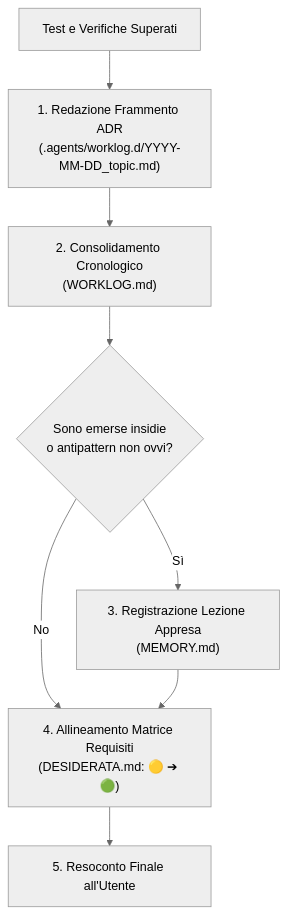
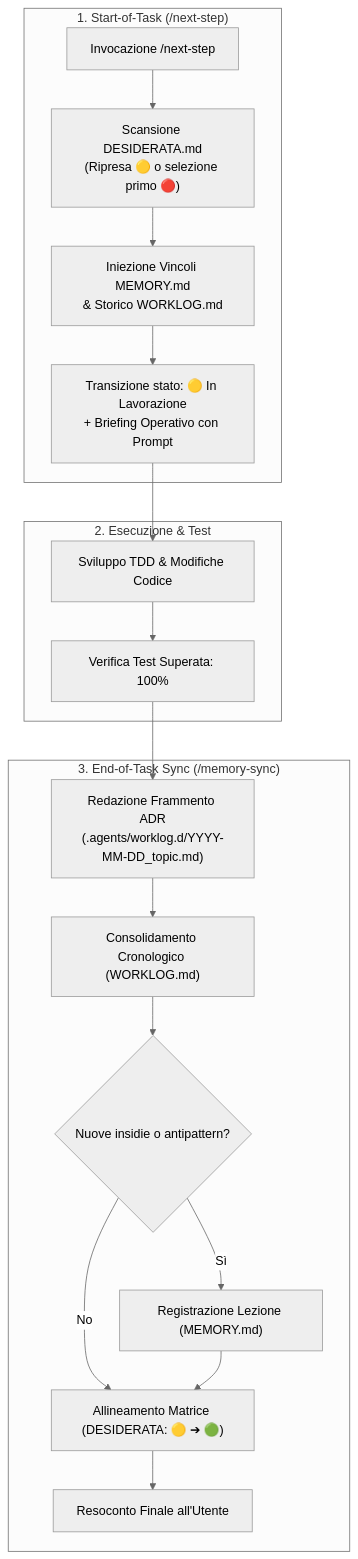
The diagram in plugins/cognitive-persistence/README.md (alessandroame/antigravity-plugins), drawn with Mermaid (neutral theme) before and after one commit. The commit also changed other lines of this file and 6 other files, not shown here.

Commit message:
feat(cognitive-persistence): add /next-step slash command skill and start-of-task intake directive

````diff
--- a/plugins/cognitive-persistence/README.md
+++ b/plugins/cognitive-persistence/README.md
@@ -63,10 +64,23 @@
 ```mermaid
 flowchart TD
-    A["Test e Verifiche Superati"] --> B["1. Redazione Frammento ADR<br/>(.agents/worklog.d/YYYY-MM-DD_topic.md)"]
-    B --> C["2. Consolidamento Cronologico<br/>(WORKLOG.md)"]
-    C --> D{"Sono emerse insidie<br/>o antipattern non ovvi?"}
-    D -- Sì --> E["3. Registrazione Lezione Appresa<br/>(MEMORY.md)"]
-    D -- No --> F["4. Allineamento Matrice Requisiti<br/>(DESIDERATA.md: 🟡 ➔ 🟢)"]
-    E --> F
-    F --> G["5. Resoconto Finale all'Utente"]
+    subgraph Avvio ["1. Start-of-Task (/next-step)"]
+        A["Invocazione /next-step"] --> B["Scansione DESIDERATA.md<br/>(Ripresa 🟡 o selezione primo 🔴)"]
+        B --> C["Iniezione Vincoli MEMORY.md<br/>& Storico WORKLOG.md"]
+        C --> D["Transizione stato: 🟡 In Lavorazione<br/>+ Briefing Operativo con Prompt"]
+    end
+
+    subgraph Sviluppo ["2. Esecuzione & Test"]
+        D --> E["Sviluppo TDD & Modifiche Codice"]
+        E --> F["Verifica Test Superata: 100%"]
+    end
+
+    subgraph Chiusura ["3. End-of-Task Sync (/memory-sync)"]
+        F --> G["Redazione Frammento ADR<br/>(.agents/worklog.d/YYYY-MM-DD_topic.md)"]
+        G --> H["Consolidamento Cronologico (WORKLOG.md)"]
+        H --> I{"Nuove insidie o antipattern?"}
+        I -- Sì --> L["Registrazione Lezione (MEMORY.md)"]
+        I -- No --> M["Allineamento Matrice (DESIDERATA: 🟡 ➔ 🟢)"]
+        L --> M
+        M --> N["Resoconto Finale all'Utente"]
+    end
 ```
````
